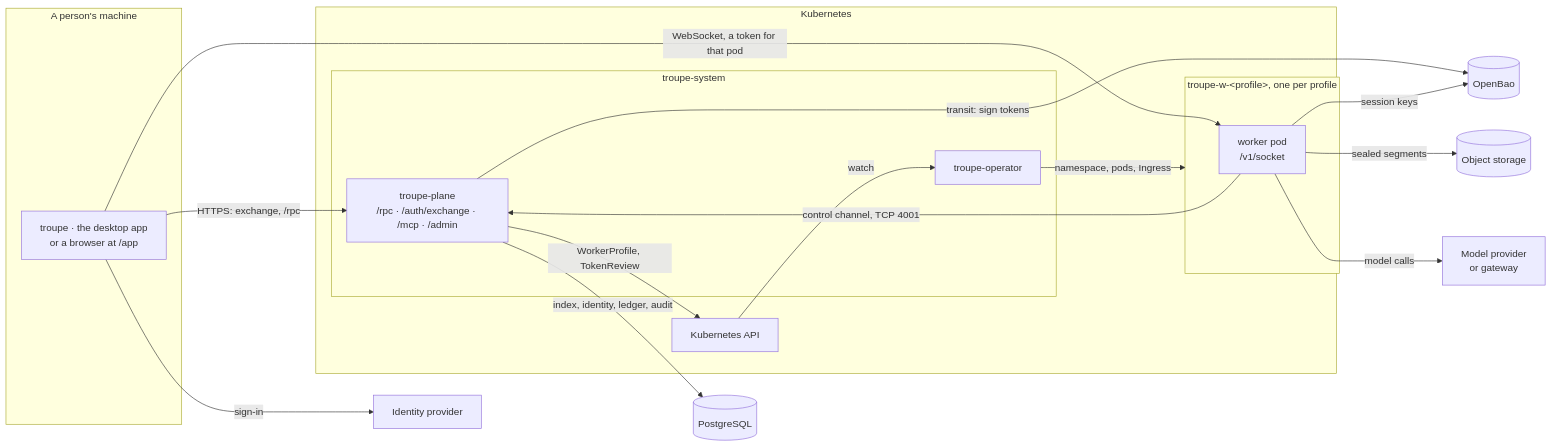
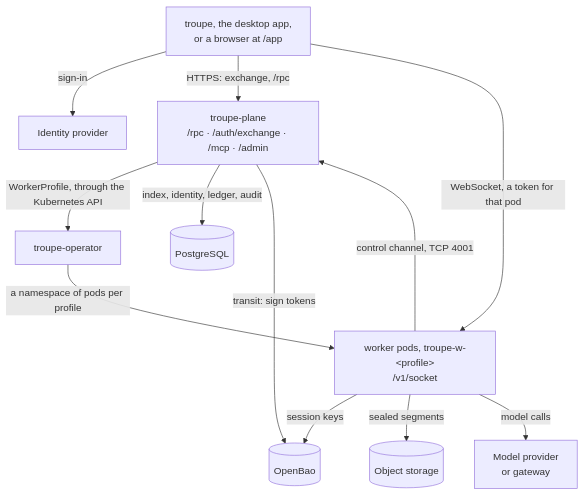
The third of 4 diagrams in ARCHITECTURE.md (it-minds/troupe), drawn with Mermaid before and after one commit. The commit also changed other lines of this file, not shown here.

Commit message:
The topology reads top to bottom, and the lifecycle groups the states a session runs in
On GitHub the left-to-right topology rendered too wide to read and the lifecycle's four erase arrows crossed everything. The topology drops its nested boxes, and the lifecycle draws pending, active and dormant as one state that goes read-only or is erased.

````diff
--- a/ARCHITECTURE.md
+++ b/ARCHITECTURE.md
@@ -271,34 +269,24 @@
 ```mermaid
-flowchart LR
-  subgraph machine["A person's machine"]
-    client["troupe · the desktop app<br/>or a browser at /app"]
-  end
+flowchart TB
+  client["troupe, the desktop app,<br/>or a browser at /app"]
   idp["Identity provider"]
-  subgraph cluster["Kubernetes"]
-    subgraph system["troupe-system"]
-      plane["troupe-plane<br/>/rpc · /auth/exchange · /mcp · /admin"]
-      op["troupe-operator"]
-    end
-    api["Kubernetes API"]
-    subgraph workers["troupe-w-&lt;profile&gt;, one per profile"]
-      pod["worker pod<br/>/v1/socket"]
-    end
-  end
+  plane["troupe-plane<br/>/rpc · /auth/exchange · /mcp · /admin"]
+  op["troupe-operator"]
+  pod["worker pods, troupe-w-&lt;profile&gt;<br/>/v1/socket"]
   pg[("PostgreSQL")]
   bao[("OpenBao")]
   s3[("Object storage")]
   model["Model provider<br/>or gateway"]
 
   client -- "sign-in" --> idp
   client -- "HTTPS: exchange, /rpc" --> plane
   client -- "WebSocket, a token for that pod" --> pod
   pod -- "control channel, TCP 4001" --> plane
-  plane -- "WorkerProfile, TokenReview" --> api
-  api -- "watch" --> op
-  op -- "namespace, pods, Ingress" --> workers
+  plane -- "WorkerProfile, through the Kubernetes API" --> op
+  op -- "a namespace of pods per profile" --> pod
   plane -- "index, identity, ledger, audit" --> pg
   plane -- "transit: sign tokens" --> bao
   pod -- "session keys" --> bao
   pod -- "sealed segments" --> s3
   pod -- "model calls" --> model
 ```
````
